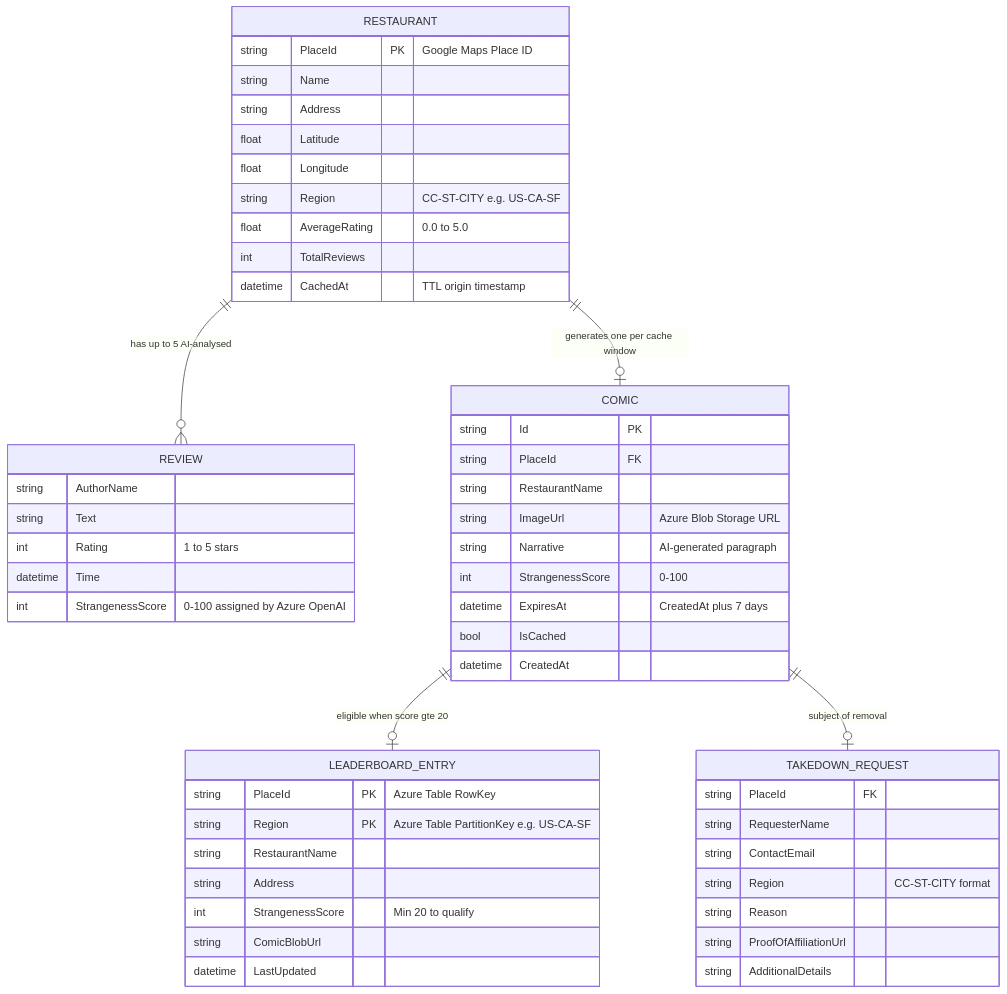
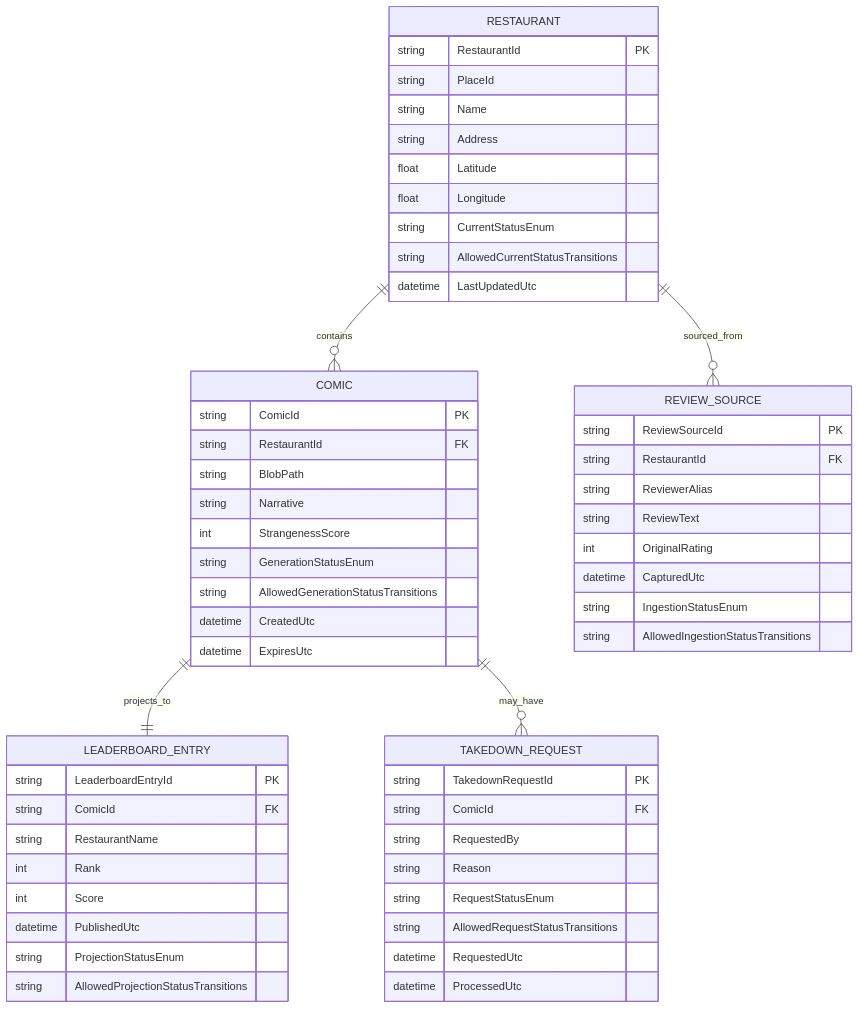
Before and after one commit to punkouter26/PoSeeReview: the diagram in docs/DataModel.mmd, drawn with Mermaid. The commit also changed 56 other files, not shown here.

```diff
--- a/docs/DataModel.mmd
+++ b/docs/DataModel.mmd
@@ -1,57 +1,62 @@
 erDiagram
+  RESTAURANT ||--o{ COMIC : "contains"
+  COMIC ||--|| LEADERBOARD_ENTRY : "projects_to"
+  RESTAURANT ||--o{ REVIEW_SOURCE : "sourced_from"
+  COMIC ||--o{ TAKEDOWN_REQUEST : "may_have"
+
   RESTAURANT {
-    string PlaceId PK "Google Maps Place ID"
+    string RestaurantId PK
+    string PlaceId
     string Name
     string Address
     float Latitude
     float Longitude
-    string Region "CC-ST-CITY e.g. US-CA-SF"
-    float AverageRating "0.0 to 5.0"
-    int TotalReviews
-    datetime CachedAt "TTL origin timestamp"
+    string CurrentStatusEnum
+    string AllowedCurrentStatusTransitions
+    datetime LastUpdatedUtc
   }
 
-  REVIEW {
-    string AuthorName
-    string Text
-    int Rating "1 to 5 stars"
-    datetime Time
-    int StrangenessScore "0-100 assigned by Azure OpenAI"
+  REVIEW_SOURCE {
+    string ReviewSourceId PK
+    string RestaurantId FK
+    string ReviewerAlias
+    string ReviewText
+    int OriginalRating
+    datetime CapturedUtc
+    string IngestionStatusEnum
+    string AllowedIngestionStatusTransitions
   }
 
   COMIC {
-    string Id PK
-    string PlaceId FK
-    string RestaurantName
-    string ImageUrl "Azure Blob Storage URL"
-    string Narrative "AI-generated paragraph"
-    int StrangenessScore "0-100"
-    datetime ExpiresAt "CreatedAt plus 7 days"
-    bool IsCached
-    datetime CreatedAt
+    string ComicId PK
+    string RestaurantId FK
+    string BlobPath
+    string Narrative
+    int StrangenessScore
+    string GenerationStatusEnum
+    string AllowedGenerationStatusTransitions
+    datetime CreatedUtc
+    datetime ExpiresUtc
   }
 
   LEADERBOARD_ENTRY {
-    string PlaceId PK "Azure Table RowKey"
-    string Region PK "Azure Table PartitionKey e.g. US-CA-SF"
+    string LeaderboardEntryId PK
+    string ComicId FK
     string RestaurantName
-    string Address
-    int StrangenessScore "Min 20 to qualify"
-    string ComicBlobUrl
-    datetime LastUpdated
+    int Rank
+    int Score
+    datetime PublishedUtc
+    string ProjectionStatusEnum
+    string AllowedProjectionStatusTransitions
   }
 
   TAKEDOWN_REQUEST {
-    string PlaceId FK
-    string RequesterName
-    string ContactEmail
-    string Region "CC-ST-CITY format"
+    string TakedownRequestId PK
+    string ComicId FK
+    string RequestedBy
     string Reason
-    string ProofOfAffiliationUrl
-    string AdditionalDetails
+    string RequestStatusEnum
+    string AllowedRequestStatusTransitions
+    datetime RequestedUtc
+    datetime ProcessedUtc
   }
-
-  RESTAURANT ||--o{ REVIEW : "has up to 5 AI-analysed"
-  RESTAURANT ||--o| COMIC : "generates one per cache window"
-  COMIC ||--o| LEADERBOARD_ENTRY : "eligible when score gte 20"
-  COMIC ||--o| TAKEDOWN_REQUEST : "subject of removal"
```
